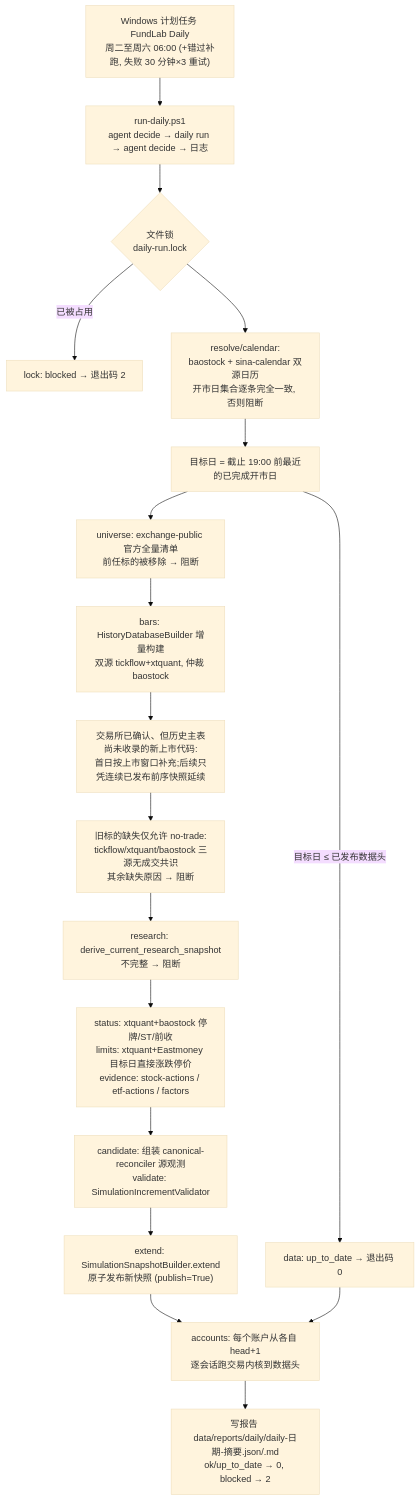
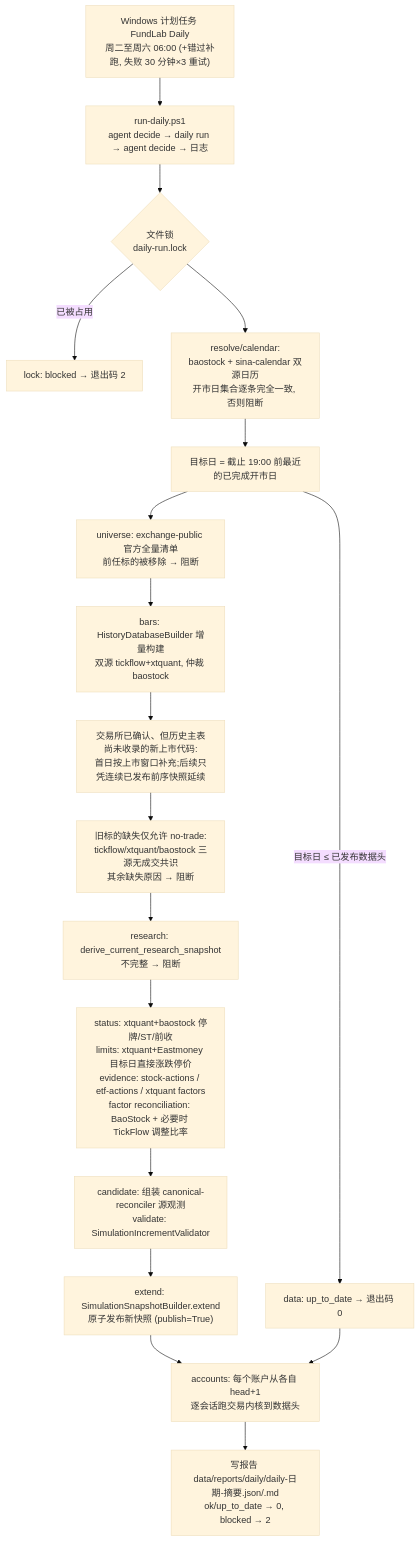
Before and after one commit to zhan7653/miniQMT: the diagram in docs/architecture/03-pipeline-ops.md, drawn with Mermaid (base theme). The commit also changed other lines of this file and 3 other files, not shown here.

````diff
--- a/docs/architecture/03-pipeline-ops.md
+++ b/docs/architecture/03-pipeline-ops.md
@@ -34,20 +34,20 @@
 ```mermaid
 flowchart TD
     T["Windows 计划任务 FundLab Daily<br/>周二至周六 06:00 (+错过补跑, 失败 30 分钟×3 重试)"] --> R["run-daily.ps1<br/>agent decide → daily run → agent decide → 日志"]
     R --> L{"文件锁<br/>daily-run.lock"}
     L -- 已被占用 --> B0["lock: blocked → 退出码 2"]
     L --> CAL["resolve/calendar:<br/>baostock + sina-calendar 双源日历<br/>开市日集合逐条完全一致, 否则阻断"]
     CAL --> TGT["目标日 = 截止 19:00 前最近的已完成开市日"]
     TGT -- "目标日 ≤ 已发布数据头" --> UTD["data: up_to_date → 退出码 0"]
     TGT --> U["universe: exchange-public 官方全量清单<br/>前任标的被移除 → 阻断"]
     U --> H["bars: HistoryDatabaseBuilder 增量构建<br/>双源 tickflow+xtquant, 仲裁 baostock"]
     H --> NEW["交易所已确认、但历史主表尚未收录的新上市代码:<br/>首日按上市窗口补充;后续只凭连续已发布前序快照延续"]
     NEW --> NT["旧标的缺失仅允许 no-trade:<br/>tickflow/xtquant/baostock 三源无成交共识<br/>其余缺失原因 → 阻断"]
     NT --> RS["research: derive_current_research_snapshot<br/>不完整 → 阻断"]
-    RS --> SE["status: xtquant+baostock 停牌/ST/前收<br/>limits: xtquant+Eastmoney 目标日直接涨跌停价<br/>evidence: stock-actions / etf-actions / factors"]
+    RS --> SE["status: xtquant+baostock 停牌/ST/前收<br/>limits: xtquant+Eastmoney 目标日直接涨跌停价<br/>evidence: stock-actions / etf-actions / xtquant factors<br/>factor reconciliation: BaoStock + 必要时 TickFlow 调整比率"]
     SE --> CV["candidate: 组装 canonical-reconciler 源观测<br/>validate: SimulationIncrementValidator"]
     CV --> EX["extend: SimulationSnapshotBuilder.extend<br/>原子发布新快照 (publish=True)"]
     EX --> AC["accounts: 每个账户从各自 head+1<br/>逐会话跑交易内核到数据头"]
     UTD --> AC
     AC --> RP["写报告 data/reports/daily/daily-日期-摘要.json/.md<br/>ok/up_to_date → 0, blocked → 2"]
 ```
````
